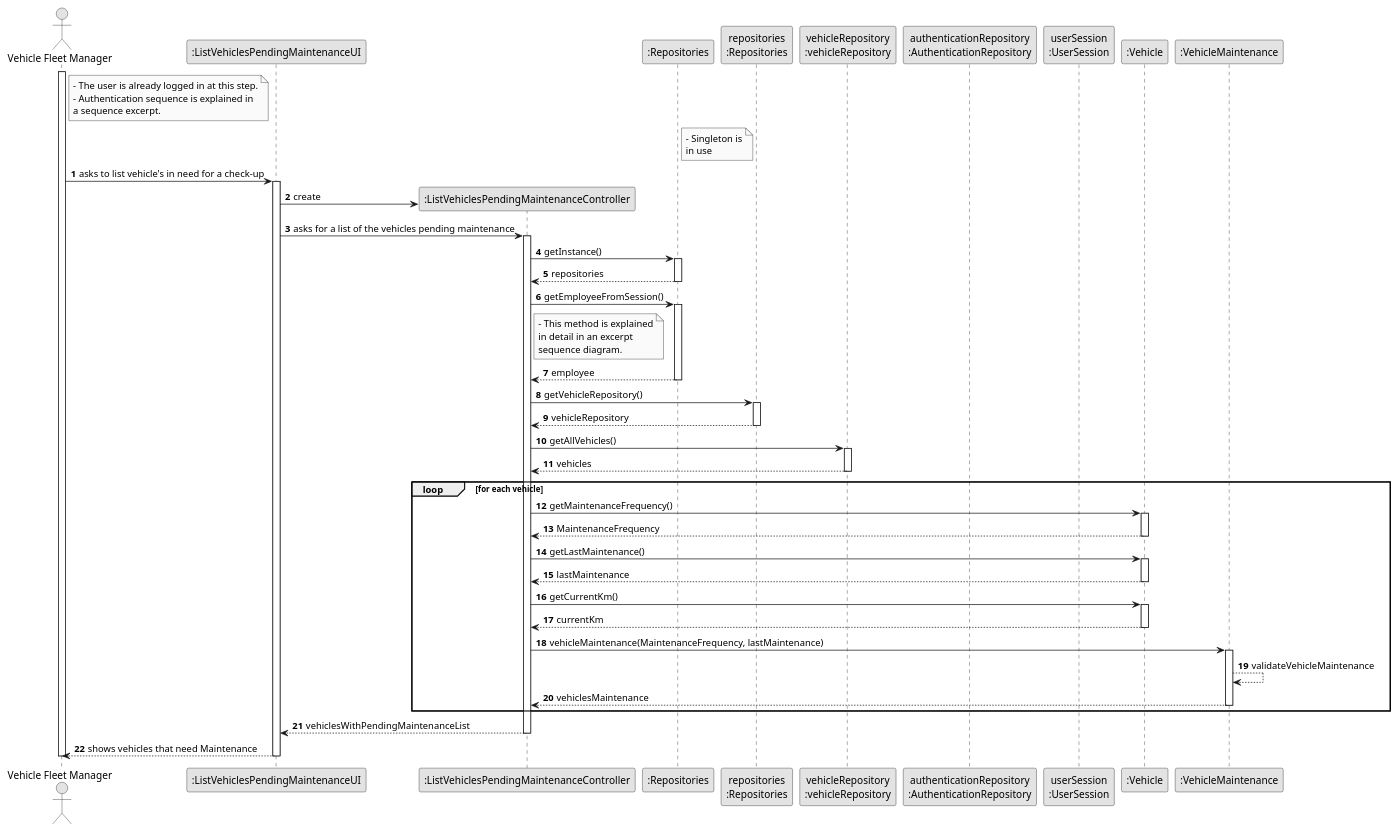
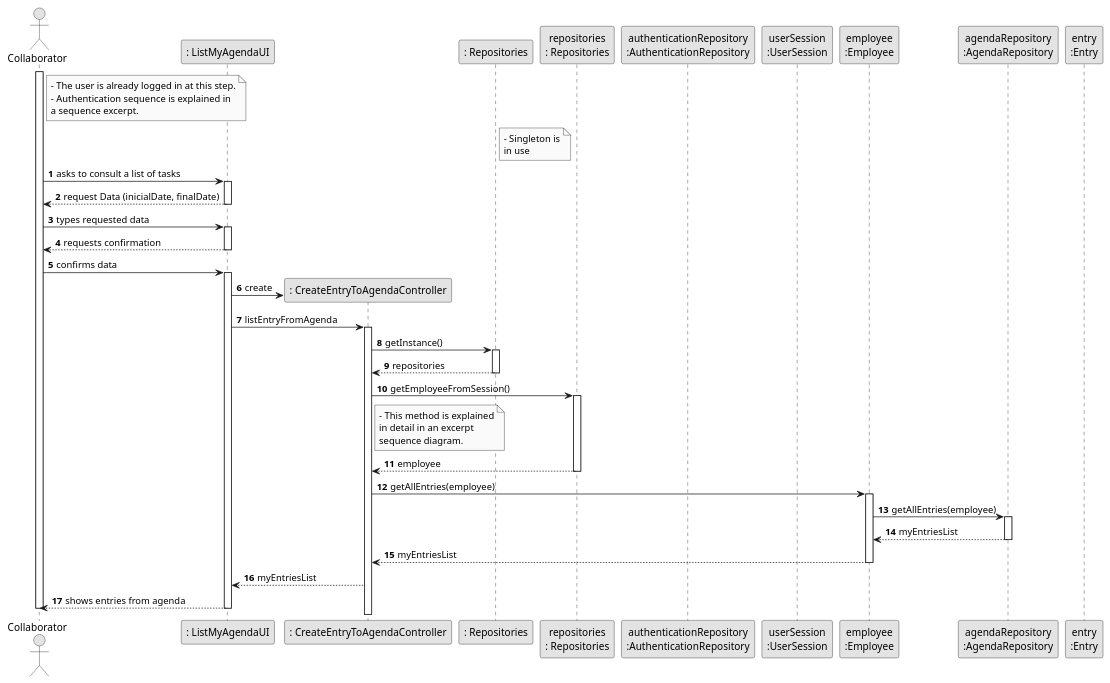
Before and after one commit to Paulo-Pereira-at-ISEP/lei-24-s2-1nanb-g321: the first of 2 diagrams in docs/sprintC/us28/03.design/puml/us28-sequence-diagram-full.puml, drawn with PlantUML. The commit also changed other lines of this file and 5 other files, not shown here.

```diff
--- a/docs/sprintC/us28/03.design/puml/us28-sequence-diagram-full.puml
+++ b/docs/sprintC/us28/03.design/puml/us28-sequence-diagram-full.puml
@@ -1,112 +1,112 @@
 @startuml
 skinparam monochrome true
 skinparam packageStyle rectangle
 skinparam shadowing false
 
 autonumber
 
 'hide footbox
-actor "Vehicle Fleet Manager" as VFM
-participant ":ListVehiclesPendingMaintenanceUI" as UI
-participant ":ListVehiclesPendingMaintenanceController" as controller
-participant ":Repositories" as singleton
-participant "repositories\n:Repositories" as rep
-participant "vehicleRepository\n:vehicleRepository" as vehicleRepository
+
+actor "Collaborator" as COLLAB
+participant ": ListMyAgendaUI" as UI
+participant ": CreateEntryToAgendaController" as CTRL
+participant ": Repositories" as ORG_SINGLETON
+participant "repositories\n: Repositories" as ORG_INSTANCE
 participant "authenticationRepository\n:AuthenticationRepository" as AUTH_REPO
 participant "userSession\n:UserSession" as USR_SESSION
-participant ":Vehicle" as vehicle
-participant ":VehicleMaintenance" as VehicleMaintenance
+participant "employee\n:Employee" as EMPLOYEE
+participant "agendaRepository\n:AgendaRepository" as AGENDA_REPO_INSTANCE
+participant "entry\n:Entry" as ENTRY
 
-note right of VFM
+
+note right of COLLAB
     - The user is already logged in at this step.
     - Authentication sequence is explained in
     a sequence excerpt.
 end note
 
-note right of singleton
+note right of ORG_SINGLETON
     - Singleton is
     in use
 end note
 
-activate VFM
 
-        VFM -> UI :asks to list vehicle's in need for a check-up
+activate COLLAB
+
+        COLLAB -> UI : asks to consult a list of tasks
 
         activate UI
 
-            UI -> controller** : create
 
-            UI -> controller : asks for a list of the vehicles pending maintenance
-            activate controller
+              UI --> COLLAB : request Data (inicialDate, finalDate)
 
-                controller -> singleton : getInstance()
-                activate singleton
-
-                    singleton --> controller: repositories
-                deactivate singleton
-
-                controller -> singleton : getEmployeeFromSession()
-
-                note right of controller
-                    - This method is explained
-                    in detail in an excerpt
-                    sequence diagram.
-                end note
-
-                activate singleton
-
-                singleton --> controller : employee
-
-                deactivate singleton
-
-                controller -> rep : getVehicleRepository()
-                activate rep
-
-                    rep --> controller: vehicleRepository
-                deactivate rep
-
-                controller -> vehicleRepository : getAllVehicles()
-                activate vehicleRepository
-
-                    vehicleRepository --> controller : vehicles
-                deactivate vehicleRepository
-
-                loop for each vehicle
-
-                controller -> vehicle: getMaintenanceFrequency()
-                activate vehicle
-
-                vehicle --> controller: MaintenanceFrequency
-                deactivate vehicle
-
-                controller -> vehicle: getLastMaintenance()
-                activate vehicle
-
-                vehicle --> controller: lastMaintenance
-                deactivate vehicle
-
-                controller -> vehicle: getCurrentKm()
-                activate vehicle
-
-                vehicle --> controller: currentKm
-                deactivate vehicle
-
-                controller -> VehicleMaintenance: vehicleMaintenance(MaintenanceFrequency, lastMaintenance)
-                activate VehicleMaintenance
-
-                VehicleMaintenance --> VehicleMaintenance: validateVehicleMaintenance
-
-                VehicleMaintenance --> controller: vehiclesMaintenance
-                deactivate VehicleMaintenance
-
-                end
-
-                controller --> UI : vehiclesWithPendingMaintenanceList
-            deactivate controller
-
-            UI --> VFM : shows vehicles that need Maintenance
         deactivate UI
 
-deactivate VFM
+        COLLAB -> UI : types requested data
+
+            activate UI
+
+                UI --> COLLAB : requests confirmation
+            deactivate UI
+
+            COLLAB -> UI : confirms data
+
+
+        activate UI
+
+            'create CTRL
+            UI -> CTRL** : create
+
+            UI -> CTRL : listEntryFromAgenda
+
+            activate CTRL
+
+                CTRL -> ORG_SINGLETON : getInstance()
+
+                    activate ORG_SINGLETON
+
+                    ORG_SINGLETON --> CTRL : repositories
+
+                deactivate ORG_SINGLETON
+
+                CTRL -> ORG_INSTANCE : getEmployeeFromSession()
+
+                    note right of CTRL
+                        - This method is explained
+                        in detail in an excerpt
+                        sequence diagram.
+                    end note
+
+                    activate ORG_INSTANCE
+
+                    ORG_INSTANCE --> CTRL : employee
+
+                    deactivate ORG_INSTANCE
+
+                        CTRL -> EMPLOYEE : getAllEntries(employee)
+
+                        activate EMPLOYEE
+
+                        EMPLOYEE -> AGENDA_REPO_INSTANCE : getAllEntries(employee)
+
+                            activate AGENDA_REPO_INSTANCE
+
+                            AGENDA_REPO_INSTANCE --> EMPLOYEE : myEntriesList
+
+                        deactivate AGENDA_REPO_INSTANCE
+
+                        EMPLOYEE --> CTRL : myEntriesList
+
+                    deactivate EMPLOYEE
+
+                deactivate ORG_INSTANCE
+
+            CTRL --> UI : myEntriesList
+
+        UI --> COLLAB : shows entries from agenda
+
+        deactivate UI
+
+deactivate COLLAB
 
 @enduml
```
